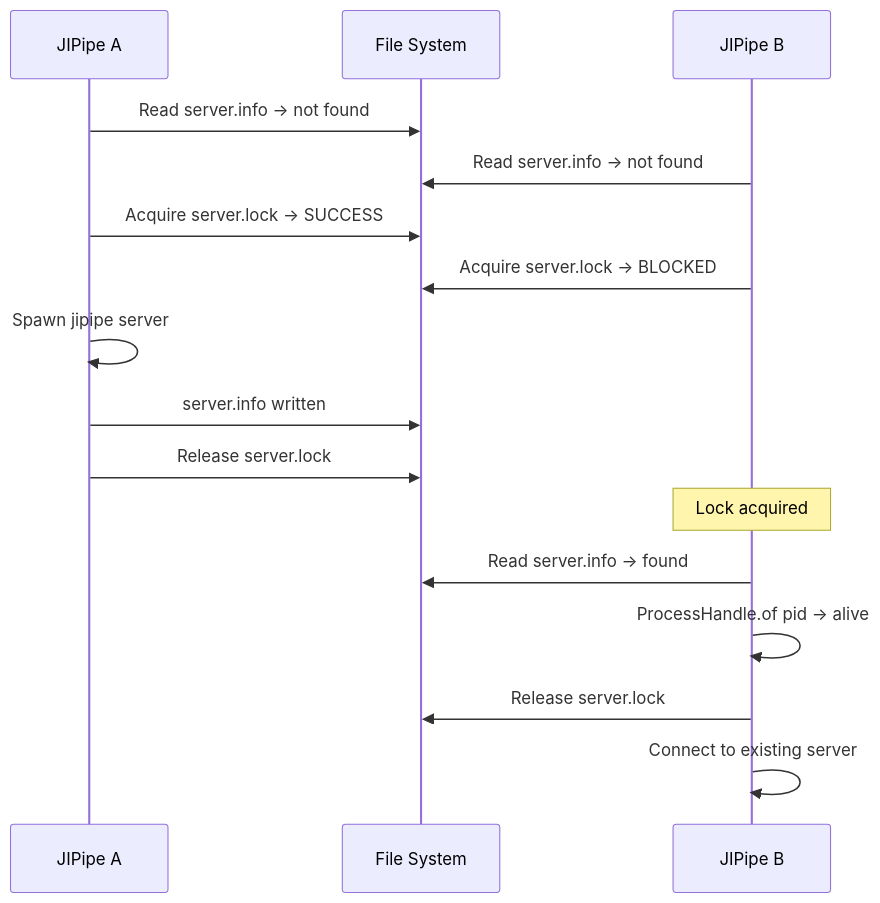
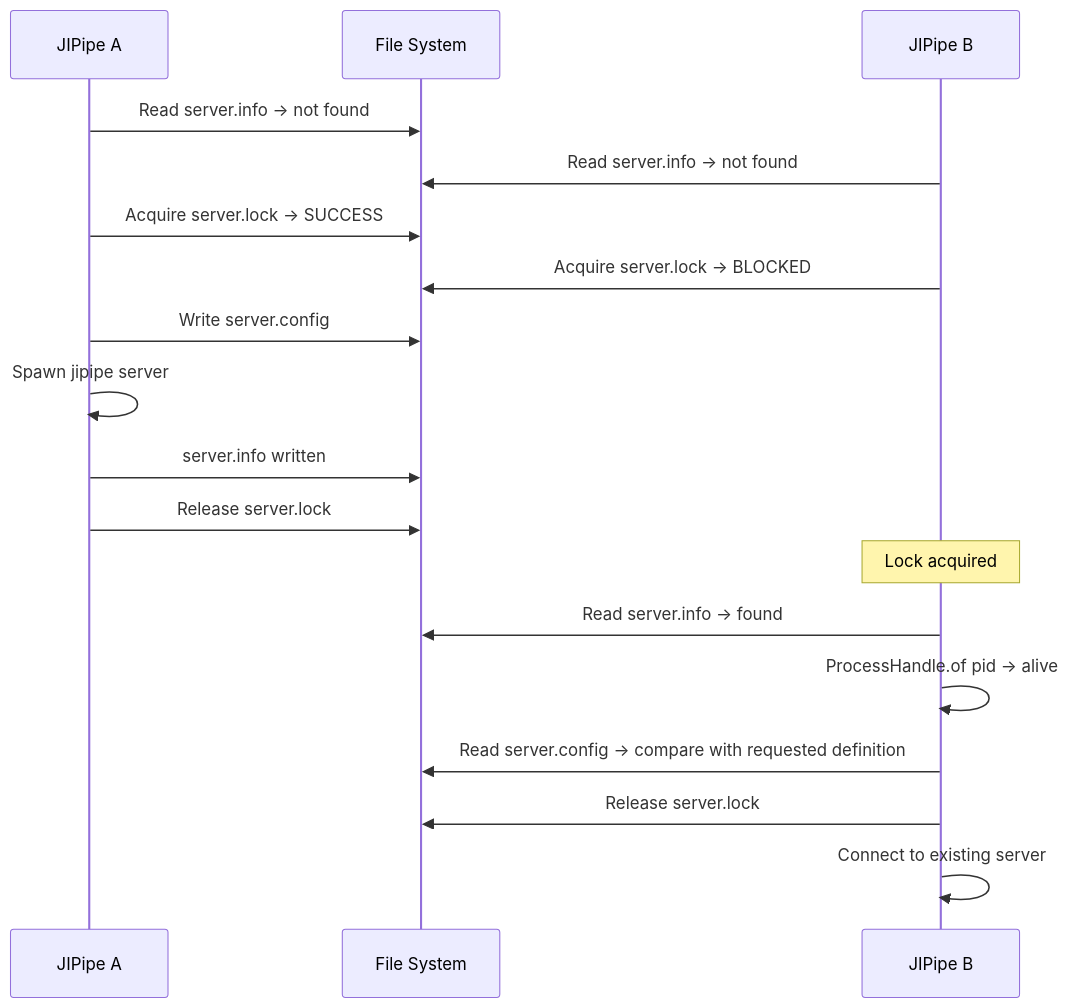
Before and after one commit to applied-systems-biology/jipipe: diagram 11 of 12 in docs/plan-external-server-processes.md, drawn with Mermaid. The commit also changed other lines of this file, not shown here.

Commit message:
External server processes implementation plan

````diff
--- a/docs/plan-external-server-processes.md
+++ b/docs/plan-external-server-processes.md
@@ -1137,19 +1630,21 @@
 ```mermaid
 sequenceDiagram
     participant A as JIPipe A
     participant FS as File System
     participant B as JIPipe B
 
     A->>FS: Read server.info → not found
     B->>FS: Read server.info → not found
     A->>FS: Acquire server.lock → SUCCESS
     B->>FS: Acquire server.lock → BLOCKED
+    A->>FS: Write server.config
     A->>A: Spawn jipipe server
     A->>FS: server.info written
     A->>FS: Release server.lock
     Note over B: Lock acquired
     B->>FS: Read server.info → found
     B->>B: ProcessHandle.of pid → alive
+    B->>FS: Read server.config → compare with requested definition
     B->>FS: Release server.lock
     B->>B: Connect to existing server
 ```
````
